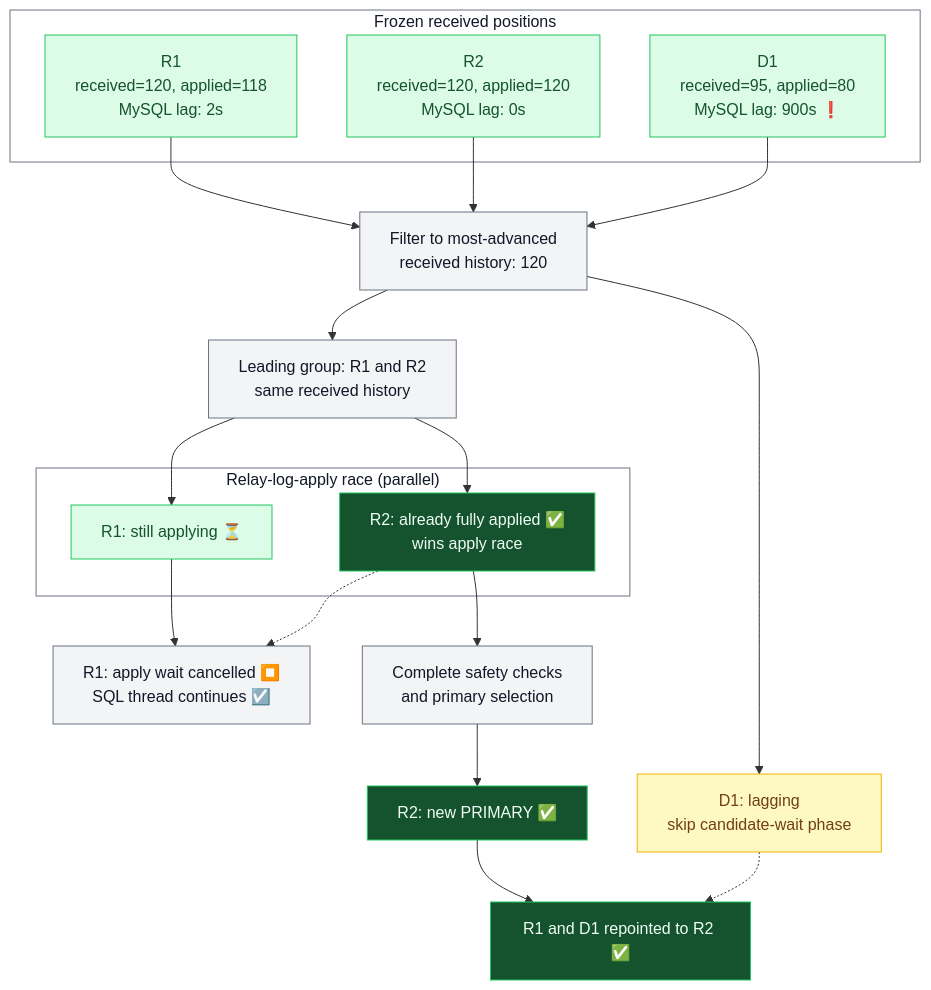
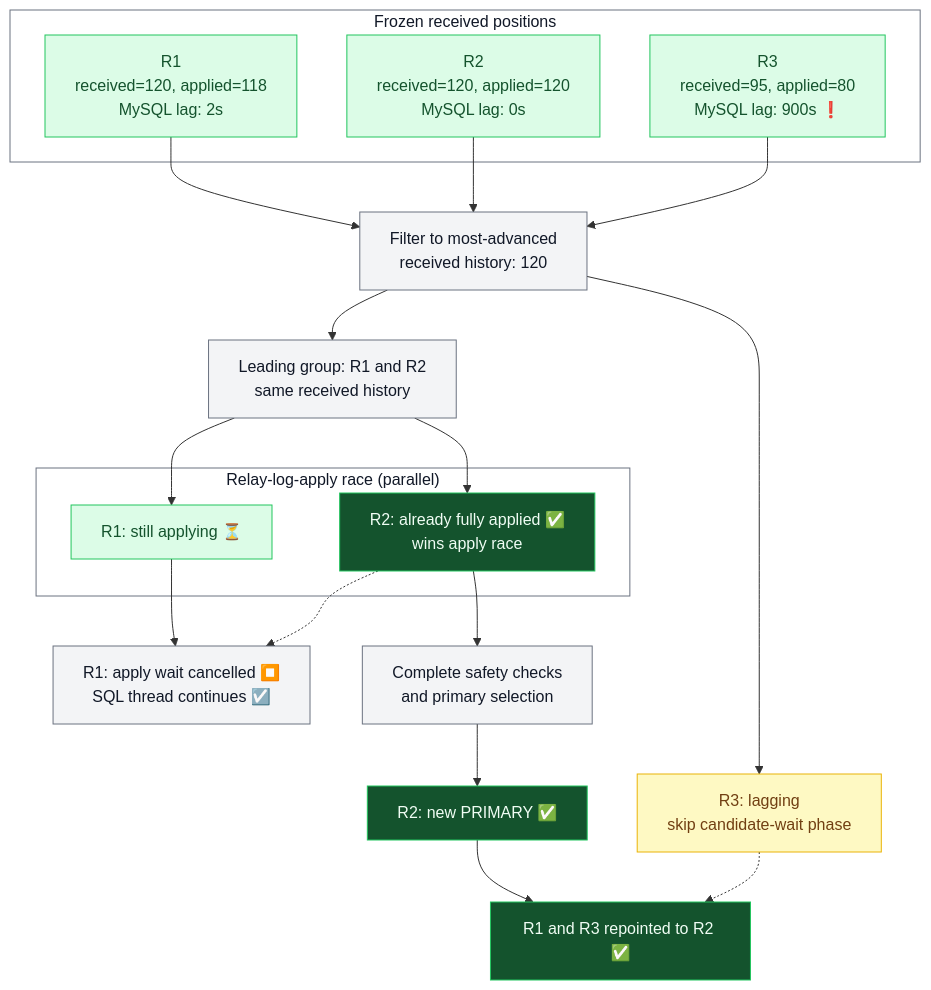
Before and after one commit to vitessio/website: the third of 3 diagrams in content/en/blog/2026-09-24-hardening-emergency-reparent-shard.md, drawn with Mermaid. The commit also changed other lines of this file, not shown here.

Commit message:
Rename diagram tablet to R3

````diff
--- a/content/en/blog/2026-09-24-hardening-emergency-reparent-shard.md
+++ b/content/en/blog/2026-09-24-hardening-emergency-reparent-shard.md
@@ -102,38 +102,38 @@
 ```mermaid
 graph TD
     subgraph Positions["Frozen received positions"]
         R1["R1<br/>received=120, applied=118<br/>MySQL lag: 2s"]
         R2["R2<br/>received=120, applied=120<br/>MySQL lag: 0s"]
-        D1["D1<br/>received=95, applied=80<br/>MySQL lag: 900s ❗"]
+        R3["R3<br/>received=95, applied=80<br/>MySQL lag: 900s ❗"]
     end
 
     R1 --> Filter["Filter to most-advanced<br/>received history: 120"]
     R2 --> Filter
-    D1 --> Filter
+    R3 --> Filter
     Filter --> Leading["Leading group: R1 and R2<br/>same received history"]
-    Filter --> Skipped["D1: lagging<br/>skip candidate-wait phase"]
+    Filter --> Skipped["R3: lagging<br/>skip candidate-wait phase"]
 
     Leading --> ApplyR1
     Leading --> ApplyR2
     subgraph Race["Relay-log-apply race (parallel)"]
         ApplyR1["R1: still applying ⏳"]
         ApplyR2["R2: already fully applied ✅<br/>wins apply race"]
     end
 
     ApplyR1 --> Cancelled["R1: apply wait cancelled ⏹️<br/>SQL thread continues ☑️"]
     ApplyR2 -.-> Cancelled
     ApplyR2 --> Checks["Complete safety checks<br/>and primary selection"]
     Checks --> Primary["R2: new PRIMARY ✅"]
-    Primary --> Repoint["R1 and D1 repointed to R2 ✅"]
+    Primary --> Repoint["R1 and R3 repointed to R2 ✅"]
     Skipped -.-> Repoint
 
     classDef default fill:#f3f4f6,stroke:#6b7280,color:#111827
     classDef healthy fill:#dcfce7,stroke:#22c55e,color:#14532d
     classDef warning fill:#fef9c3,stroke:#eab308,color:#713f12
     classDef completed fill:#14532d,stroke:#22c55e,color:#f0fdf4
-    class R1,R2,D1,ApplyR1 healthy
+    class R1,R2,R3,ApplyR1 healthy
     class Skipped warning
     class ApplyR2,Primary,Repoint completed
     style Positions fill:#ffffff,stroke:#6b7280,color:#111827
     style Race fill:#ffffff,stroke:#6b7280,color:#111827
 ```
````
